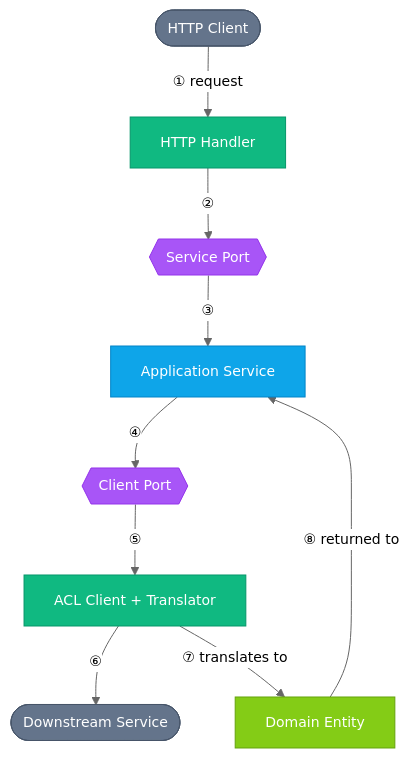
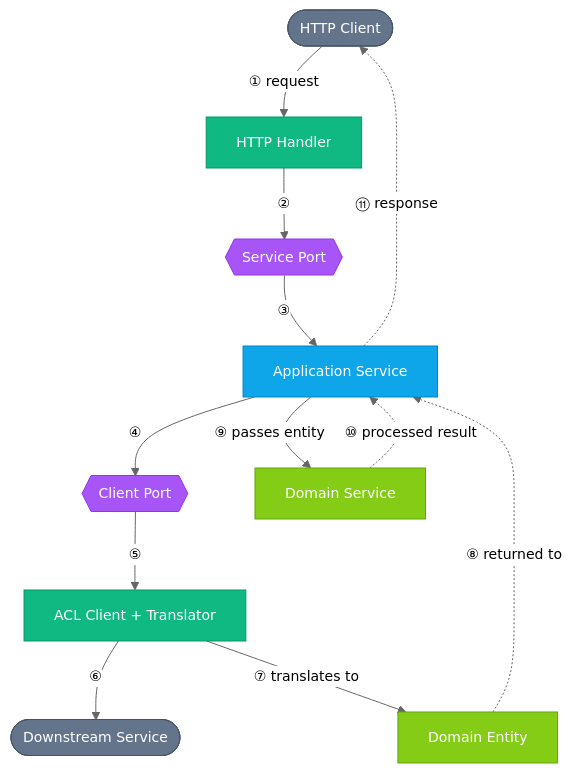
The second of 9 diagrams in docs/adr/0001-hexagonal-architecture.md (jsamuelsen11/go-service-template-v2), drawn with Mermaid before and after one commit. The commit also changed other lines of this file and 1 other file, not shown here.

First line of the commit message:
docs: update hexagonal architecture diagrams and add domain services

````diff
--- a/docs/adr/0001-hexagonal-architecture.md
+++ b/docs/adr/0001-hexagonal-architecture.md
@@ -142,33 +147,37 @@
 ```mermaid
 %%{init: {'theme': 'neutral', 'themeVariables': { 'fontSize': '14px' }}}%%
 flowchart TB
     Client(["HTTP Client"])
     Handler["HTTP Handler"]
     SvcPort{{"Service Port"}}
     AppSvc["Application Service"]
     CliPort{{"Client Port"}}
     ACL["ACL Client + Translator"]
     Downstream(["Downstream Service"])
     Entity["Domain Entity"]
+    DomSvc["Domain Service"]
 
     Client -->|"① request"| Handler
     Handler -->|"②"| SvcPort
     SvcPort -->|"③"| AppSvc
     AppSvc -->|"④"| CliPort
     CliPort -->|"⑤"| ACL
     ACL -->|"⑥"| Downstream
     ACL -->|"⑦ translates to"| Entity
-    Entity -->|"⑧ returned to"| AppSvc
+    Entity -.->|"⑧ returned to"| AppSvc
+    AppSvc -->|"⑨ passes entity"| DomSvc
+    DomSvc -.->|"⑩ processed result"| AppSvc
+    AppSvc -.->|"⑪ response"| Client
 
     classDef external fill:#64748b,stroke:#475569,color:#fff
     classDef adapter fill:#10b981,stroke:#059669,color:#fff
     classDef app fill:#0ea5e9,stroke:#0284c7,color:#fff
     classDef ports fill:#a855f7,stroke:#9333ea,color:#fff
     classDef domain fill:#84cc16,stroke:#65a30d,color:#fff
 
     class Client,Downstream external
     class Handler,ACL adapter
     class AppSvc app
     class SvcPort,CliPort ports
-    class Entity domain
+    class Entity,DomSvc domain
 ```
````
